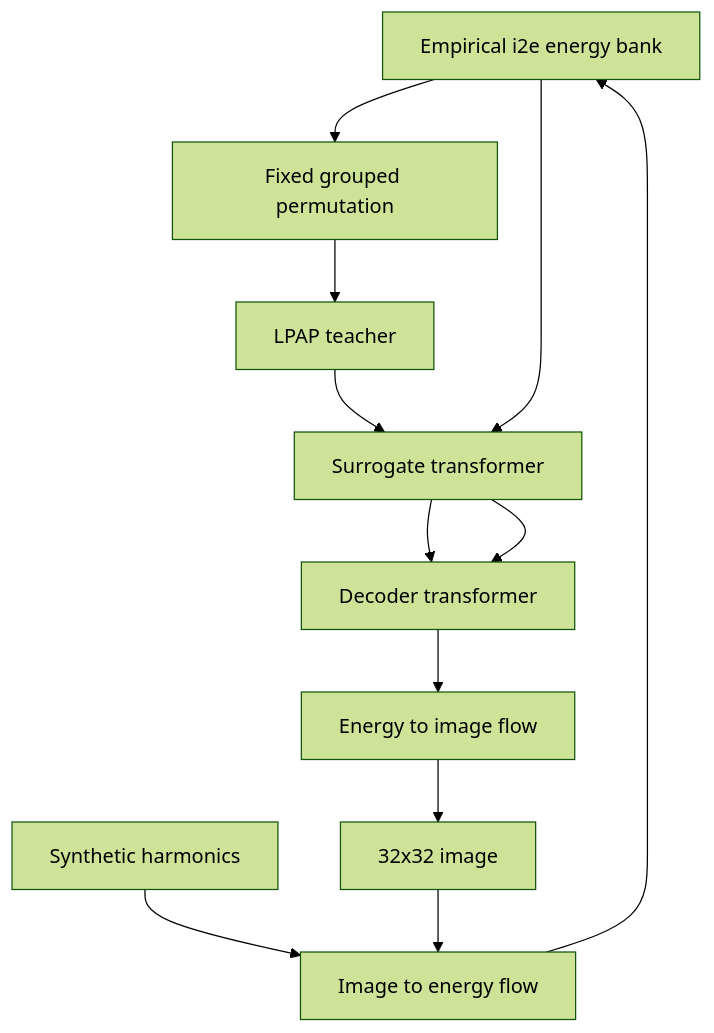
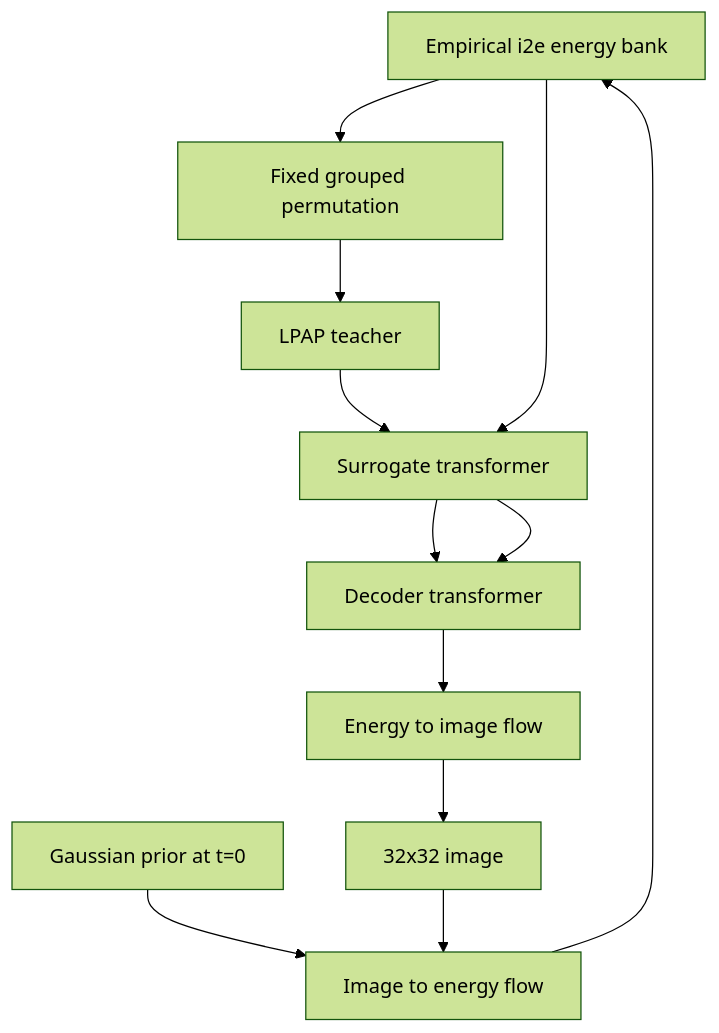
The diagram in doc/lpap.md (matovitch/lpap), drawn with Mermaid (forest theme) before and after one commit. The commit also changed other lines of this file and 34 other files, not shown here.

First line of the commit message:
Replace harmonics/bank flow prior with Gaussian N(0, σ²I).

````diff
--- a/doc/lpap.md
+++ b/doc/lpap.md
@@ -28,19 +28,19 @@
 ```mermaid
 flowchart TD
     energy_bank[Empirical i2e energy bank]
     permute[Fixed grouped permutation]
     lpap[LPAP teacher]
     surrogate[Surrogate transformer]
     decoder[Decoder transformer]
     image_flow[Image to energy flow]
     reverse_flow[Energy to image flow]
     image[32x32 image]
-    harmonics[Synthetic harmonics]
+    gaussian[Gaussian prior at t=0]
 
     energy_bank --> permute --> lpap
     lpap --> surrogate
     surrogate --> decoder
-    harmonics --> image_flow
+    gaussian --> image_flow
     image --> image_flow --> energy_bank
     energy_bank --> surrogate --> decoder --> reverse_flow --> image
 ```
````
